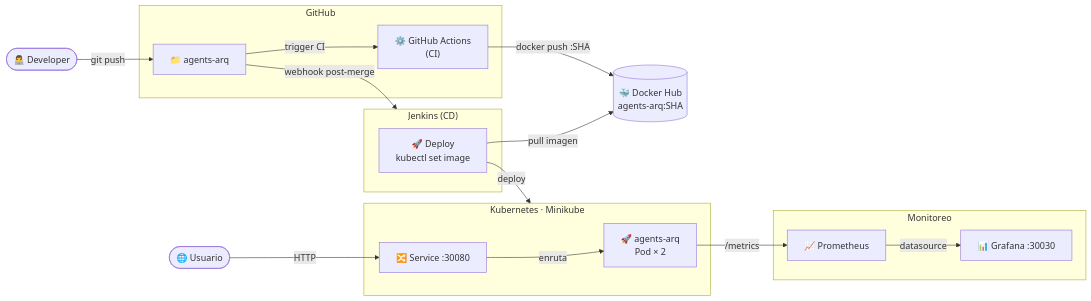
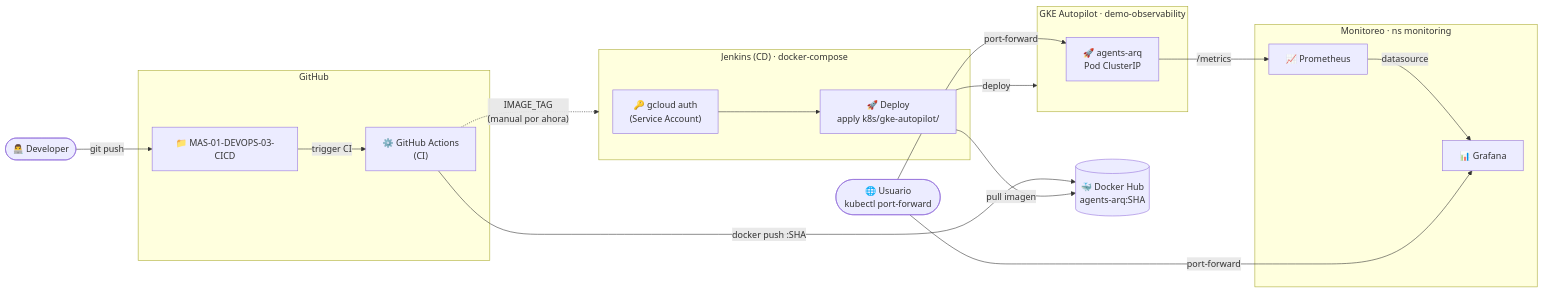
Before and after one commit to MAS-SABANA/MAS-01-DEVOPS-03-CICD: the first of 4 diagrams in README.md, drawn with Mermaid. The commit also changed other lines of this file, not shown here.

Commit message:
docs: update README with GKE Autopilot deployment details and monitoring setup

````diff
--- a/README.md
+++ b/README.md
@@ -54,38 +66,39 @@
 ```mermaid
 graph LR
   DEV(["👨‍💻 Developer"])
 
   subgraph GH["GitHub"]
-    REPO["📁 agents-arq"]
+    REPO["📁 MAS-01-DEVOPS-03-CICD"]
     GA["⚙️ GitHub Actions\n(CI)"]
   end
 
   REG[("🐳 Docker Hub\nagents-arq:SHA")]
 
-  subgraph JK["Jenkins (CD)"]
-    JD["🚀 Deploy\nkubectl set image"]
+  subgraph JK["Jenkins (CD) · docker-compose"]
+    JAUTH["🔑 gcloud auth\n(Service Account)"]
+    JD["🚀 Deploy\napply k8s/gke-autopilot/"]
+    JAUTH --> JD
   end
 
-  subgraph K8S["Kubernetes · Minikube"]
-    APP["🚀 agents-arq\nPod × 2"]
-    SVC["🔀 Service :30080"]
-    SVC -->|"enruta"| APP
+  subgraph GKE["GKE Autopilot · demo-observability"]
+    APP["🚀 agents-arq\nPod ClusterIP"]
   end
 
-  subgraph MON["Monitoreo"]
+  subgraph MON["Monitoreo · ns monitoring"]
     PROM["📈 Prometheus"]
-    GRAF["📊 Grafana :30030"]
+    GRAF["📊 Grafana"]
     PROM -->|"datasource"| GRAF
   end
 
-  USR(["🌐 Usuario"])
+  USR(["🌐 Usuario\nkubectl port-forward"])
 
   DEV    -->|"git push"| REPO
   REPO   -->|"trigger CI"| GA
   GA     -->|"docker push :SHA"| REG
-  REPO   -->|"webhook post-merge"| JK
+  GA     -.->|"IMAGE_TAG\n(manual por ahora)"| JK
   JD     -->|"pull imagen"| REG
-  JD     -->|"deploy"| K8S
+  JD     -->|"deploy"| GKE
   APP    -->|"/metrics"| PROM
-  USR    -->|"HTTP"| SVC
+  USR    -->|"port-forward"| APP
+  USR    -->|"port-forward"| GRAF
 ```
````
